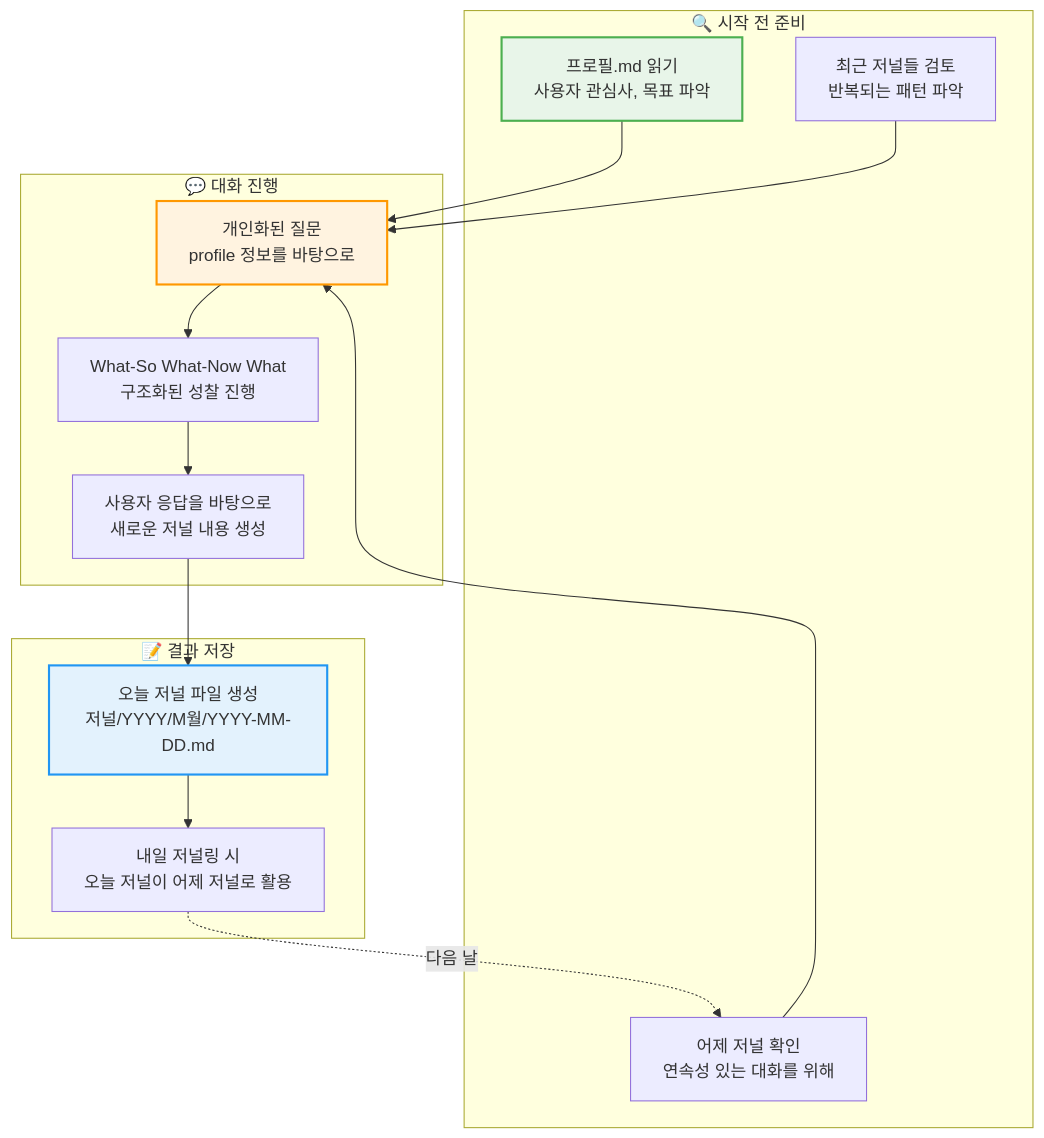
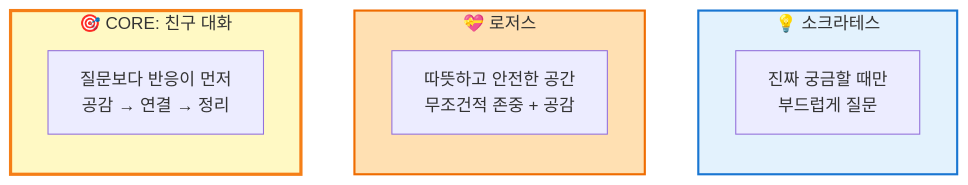
The fourth of 4 diagrams in docs/architecture.md (hoetaek/reflective-conversational-journal), drawn with Mermaid before and after one commit. The commit also changed other lines of this file, not shown here.

Commit message:
refactor: Update architecture documentation for clarity and structure, enhancing diagrams and descriptions

````diff
--- a/docs/architecture.md
+++ b/docs/architecture.md
@@ -125,32 +122,22 @@
 ```mermaid
-flowchart TD
-    subgraph "🔍 시작 전 준비"
-        A[프로필.md 읽기<br/>사용자 관심사, 목표 파악]
-        B[어제 저널 확인<br/>연속성 있는 대화를 위해]
-        C[최근 저널들 검토<br/>반복되는 패턴 파악]
+graph LR
+    subgraph Core["🎯 CORE: 친구 대화"]
+        C["질문보다 반응이 먼저<br/>공감 → 연결 → 정리"]
     end
 
-    subgraph "💬 대화 진행"
-        D[개인화된 질문<br/>profile 정보를 바탕으로]
-        E[What-So What-Now What<br/>구조화된 성찰 진행]
-        F[사용자 응답을 바탕으로<br/>새로운 저널 내용 생성]
+    Core ~~~ Rogers
+
+    subgraph Rogers["💝 로저스"]
+        R["따뜻하고 안전한 공간<br/>무조건적 존중 + 공감"]
     end
 
-    subgraph "📝 결과 저장"
-        G[오늘 저널 파일 생성<br/>저널/YYYY/M월/YYYY-MM-DD.md]
-        H[내일 저널링 시<br/>오늘 저널이 어제 저널로 활용]
+    Rogers ~~~ Socrates
+
+    subgraph Socrates["💡 소크라테스"]
+        S["진짜 궁금할 때만<br/>부드럽게 질문"]
     end
 
-    A --> D
-    B --> D
-    C --> D
-    D --> E
-    E --> F
-    F --> G
-    G --> H
-    H -.->|다음 날| B
-
-    style A fill:#e8f5e9,stroke:#4caf50,stroke-width:2px
-    style D fill:#fff3e0,stroke:#ff9800,stroke-width:2px
-    style G fill:#e3f2fd,stroke:#2196f3,stroke-width:2px
+    style Core fill:#fff9c4,stroke:#f57f17,stroke-width:3px
+    style Rogers fill:#ffe0b2,stroke:#ef6c00,stroke-width:2px
+    style Socrates fill:#e3f2fd,stroke:#1976d2,stroke-width:2px
 ```
````
